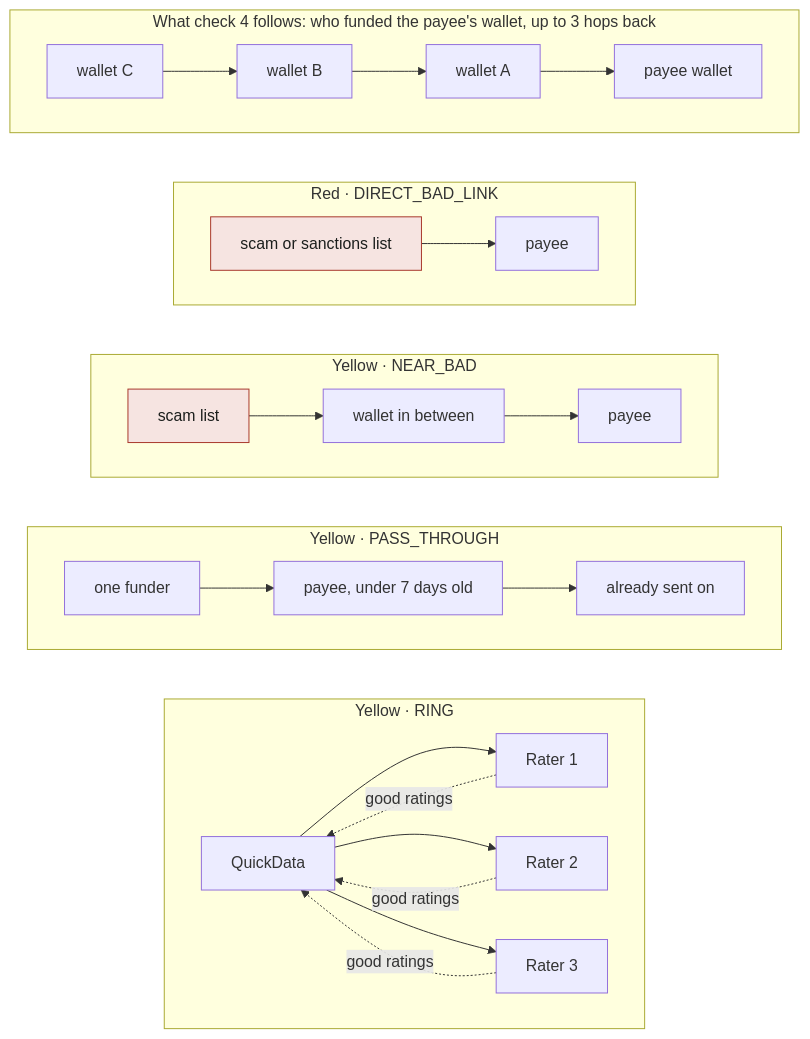
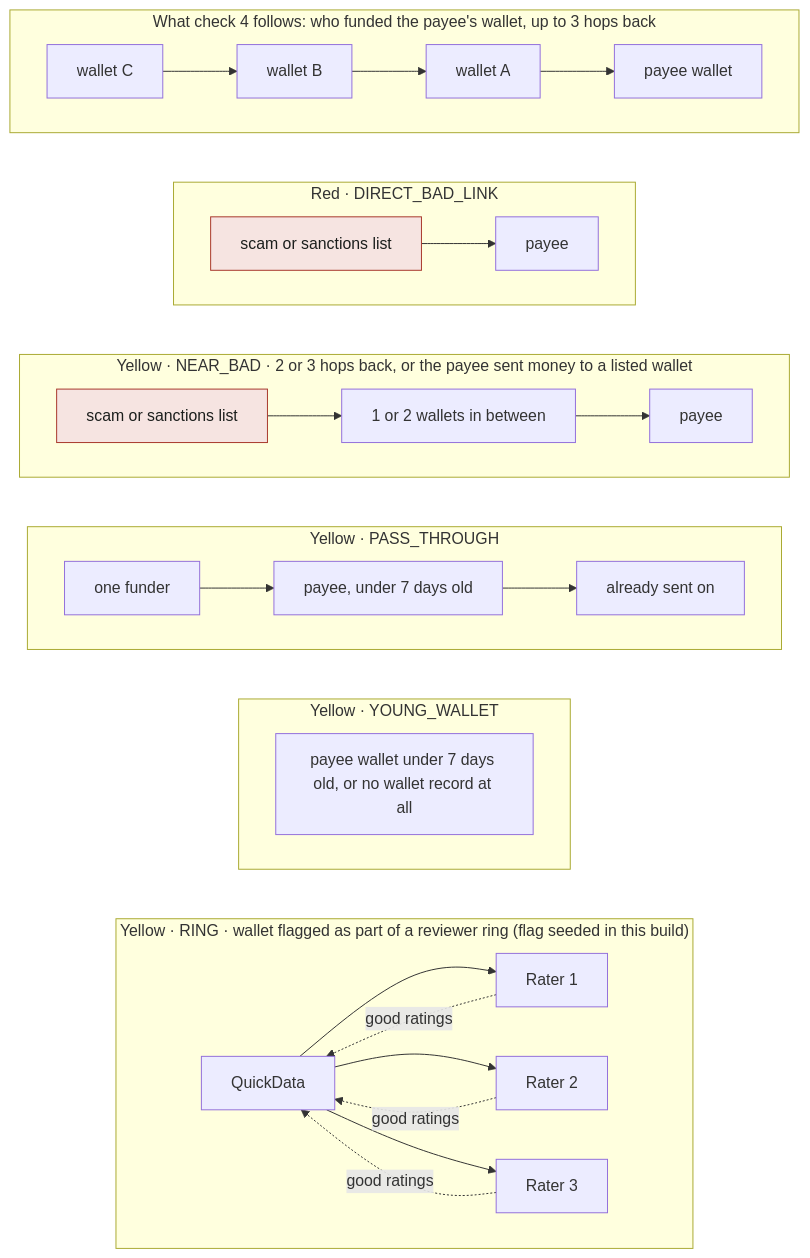
The third of 8 diagrams in README.md (franktsai2008-eng/ai-pay-gate), drawn with Mermaid before and after one commit. The commit also changed other lines of this file and 2 other files, not shown here.

Commit message:
README diagrams corrected against the code after independent review; weekly score cap rolls forward in the nightly recompute

````diff
--- a/README.md
+++ b/README.md
@@ -71,26 +72,30 @@
 ```mermaid
 flowchart LR
-  subgraph y3["Yellow · RING"]
+  subgraph y3["Yellow · RING · wallet flagged as part of a reviewer ring (flag seeded in this build)"]
     direction LR
     QD["QuickData"] --> RA["Rater 1"] & RB["Rater 2"] & RC["Rater 3"]
     RA & RB & RC -. "good ratings" .-> QD
+  end
+  subgraph y0["Yellow · YOUNG_WALLET"]
+    direction LR
+    W4["payee wallet under 7 days old, or no wallet record at all"]
   end
   subgraph y2["Yellow · PASS_THROUGH"]
     direction LR
     F["one funder"] --> W3["payee, under 7 days old"] --> O["already sent on"]
   end
-  subgraph y1["Yellow · NEAR_BAD"]
+  subgraph y1["Yellow · NEAR_BAD · 2 or 3 hops back, or the payee sent money to a listed wallet"]
     direction LR
-    B2["scam list"] --> M["wallet in between"] --> W2["payee"]
+    B2["scam or sanctions list"] --> M["1 or 2 wallets in between"] --> W2["payee"]
   end
   subgraph red["Red · DIRECT_BAD_LINK"]
     direction LR
     B1["scam or sanctions list"] --> W1["payee"]
   end
   subgraph trace["What check 4 follows: who funded the payee's wallet, up to 3 hops back"]
     direction LR
     H3["wallet C"] --> H2["wallet B"] --> H1["wallet A"] --> W["payee wallet"]
   end
   classDef bad fill:#f6e4e1,stroke:#a8382b,color:#1b1e1c
   class B1,B2 bad
 ```
````
